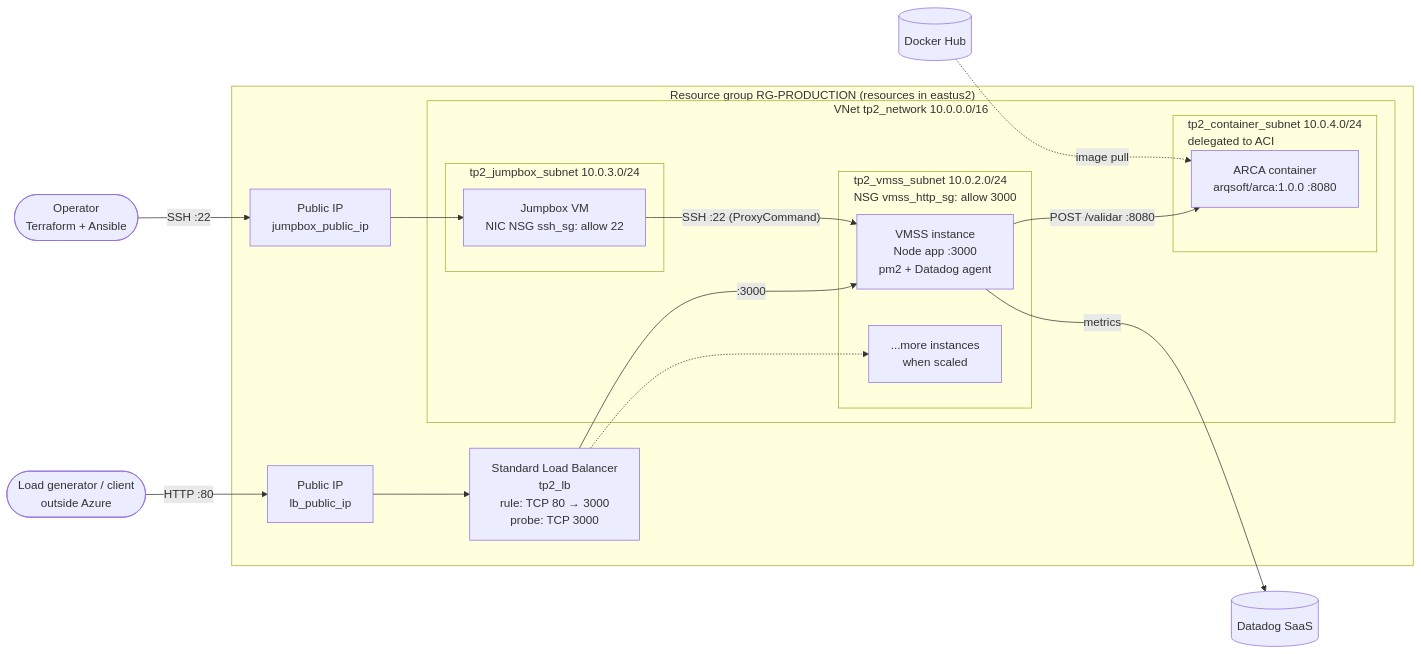
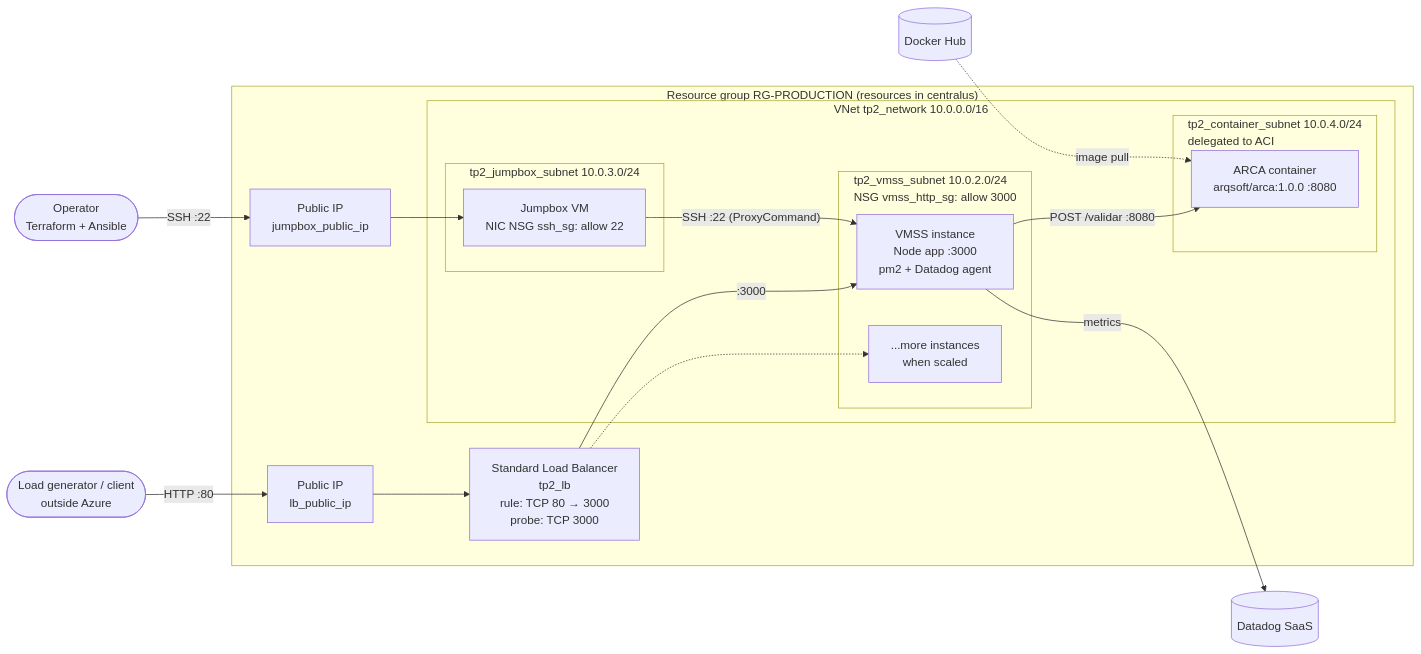
Before and after one commit to tcorzo/fiuba-2026C2-arq-tp2: the first of 3 diagrams in docs/infra/overview.md, drawn with Mermaid. The commit also changed other lines of this file and 10 other files, not shown here.

First line of the commit message:
perf(infra): move every resource to centralus

````diff
--- a/docs/infra/overview.md
+++ b/docs/infra/overview.md
@@ -72,35 +87,35 @@
 ```mermaid
 flowchart LR
     user([Load generator / client<br/>outside Azure])
     admin([Operator<br/>Terraform + Ansible])
     dd[(Datadog SaaS)]
     hub[(Docker Hub)]
 
-    subgraph rg["Resource group RG-PRODUCTION (resources in eastus2)"]
+    subgraph rg["Resource group RG-PRODUCTION (resources in centralus)"]
         lbpip[Public IP<br/>lb_public_ip]
         lb[Standard Load Balancer<br/>tp2_lb<br/>rule: TCP 80 → 3000<br/>probe: TCP 3000]
         jbpip[Public IP<br/>jumpbox_public_ip]
 
         subgraph vnet["VNet tp2_network 10.0.0.0/16"]
             subgraph snvmss["tp2_vmss_subnet 10.0.2.0/24<br/>NSG vmss_http_sg: allow 3000"]
                 vm1[VMSS instance<br/>Node app :3000<br/>pm2 + Datadog agent]
                 vmN[...more instances<br/>when scaled]
             end
             subgraph snjb["tp2_jumpbox_subnet 10.0.3.0/24"]
                 jb[Jumpbox VM<br/>NIC NSG ssh_sg: allow 22]
             end
             subgraph snaci["tp2_container_subnet 10.0.4.0/24<br/>delegated to ACI"]
                 arca[ARCA container<br/>arqsoft/arca:1.0.0 :8080]
             end
         end
     end
 
     user -- "HTTP :80" --> lbpip --> lb
     lb -- ":3000" --> vm1
     lb -.-> vmN
     vm1 -- "POST /validar :8080" --> arca
     admin -- "SSH :22" --> jbpip --> jb
     jb -- "SSH :22 (ProxyCommand)" --> vm1
     vm1 -- "metrics" --> dd
     hub -. "image pull" .-> arca
 ```
````
